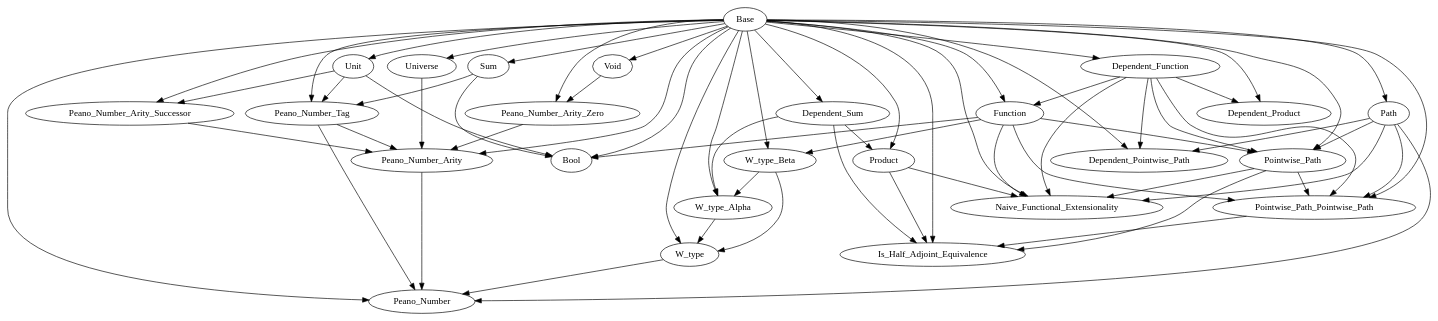
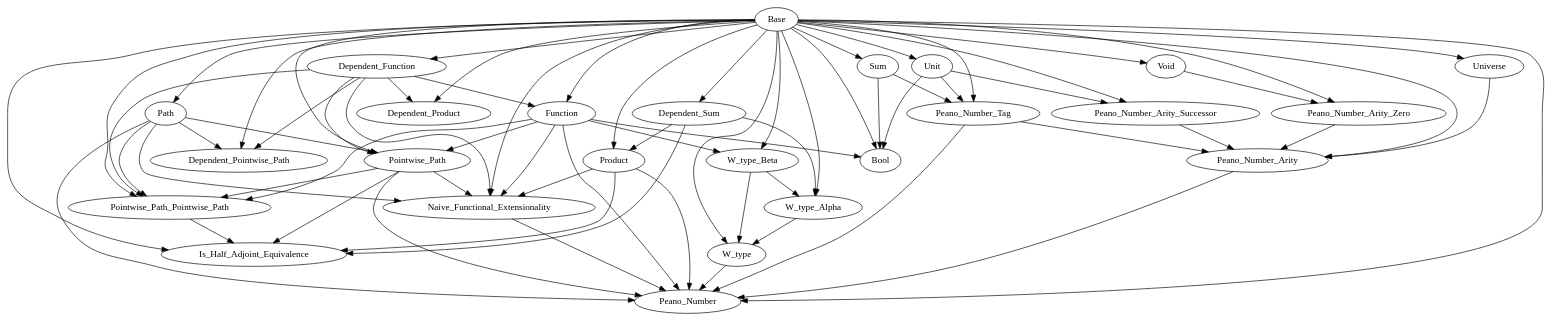
Before and after one commit to Hexirp/googology-in-coq: the diagram in libraries/dependencies.gv, drawn with Graphviz. The commit also changed 1 other file, not shown here.

```diff
--- a/libraries/dependencies.gv
+++ b/libraries/dependencies.gv
@@ -1,92 +1,96 @@
 digraph Dependencies {
   # Base
   # Dependent_Function
   "Base" -> "Dependent_Function";
   # Function
   "Base" -> "Function";
   "Dependent_Function" -> "Function";
   # Dependent_Product
   "Base" -> "Dependent_Product";
   "Dependent_Function" -> "Dependent_Product";
   # Dependent_Sum
   "Base" -> "Dependent_Sum";
   # Product
   "Base" -> "Product";
   "Dependent_Sum" -> "Product";
   # Sum
   "Base" -> "Sum";
   # Unit
   "Base" -> "Unit";
   # Void
   "Base" -> "Void";
   # W_type_Beta
   "Base" -> "W_type_Beta";
   "Function" -> "W_type_Beta";
   # W_type_Alpha
   "Base" -> "W_type_Alpha";
   "Dependent_Sum" -> "W_type_Alpha";
   "W_type_Beta" -> "W_type_Alpha";
   # W_type
   "Base" -> "W_type";
   "W_type_Alpha" -> "W_type";
   "W_type_Beta" -> "W_type";
   # Universe
   "Base" -> "Universe";
   # Path
   "Base" -> "Path";
   # Dependent_Pointwise_Path
   "Base" -> "Dependent_Pointwise_Path";
   "Dependent_Function" -> "Dependent_Pointwise_Path";
   "Path" -> "Dependent_Pointwise_Path";
   # Pointwise_Path
   "Base" -> "Pointwise_Path";
   "Dependent_Function" -> "Pointwise_Path";
   "Function" -> "Pointwise_Path";
   "Path" -> "Pointwise_Path";
   # Pointwise_Path_Pointwise_Path
   "Base" -> "Pointwise_Path_Pointwise_Path";
   "Dependent_Function" -> "Pointwise_Path_Pointwise_Path";
   "Function" -> "Pointwise_Path_Pointwise_Path";
   "Path" -> "Pointwise_Path_Pointwise_Path";
   "Pointwise_Path" -> "Pointwise_Path_Pointwise_Path";
   # Is_Half_Adjoint_Equivalence
   "Base" -> "Is_Half_Adjoint_Equivalence";
   "Dependent_Sum" -> "Is_Half_Adjoint_Equivalence";
   "Product" -> "Is_Half_Adjoint_Equivalence";
   "Pointwise_Path" -> "Is_Half_Adjoint_Equivalence";
   "Pointwise_Path_Pointwise_Path" -> "Is_Half_Adjoint_Equivalence";
   # Naive_Functional_Extensionality
   "Base" -> "Naive_Functional_Extensionality";
   "Dependent_Function" -> "Naive_Functional_Extensionality";
   "Function" -> "Naive_Functional_Extensionality";
   "Product" -> "Naive_Functional_Extensionality";
   "Path" -> "Naive_Functional_Extensionality";
   "Pointwise_Path" -> "Naive_Functional_Extensionality";
   # Bool
   "Base" -> "Bool";
   "Function" -> "Bool";
   "Sum" -> "Bool";
   "Unit" -> "Bool";
   # Peano_Number_Tag
   "Base" -> "Peano_Number_Tag";
   "Sum" -> "Peano_Number_Tag";
   "Unit" -> "Peano_Number_Tag";
   # Peano_Number_Arity_Zero
   "Base" -> "Peano_Number_Arity_Zero";
   "Void" -> "Peano_Number_Arity_Zero";
   # Peano_Number_Arity_Successor
   "Base" -> "Peano_Number_Arity_Successor";
   "Unit" -> "Peano_Number_Arity_Successor";
   # Peano_Number_Arity
   "Base" -> "Peano_Number_Arity";
   "Universe" -> "Peano_Number_Arity";
   "Peano_Number_Tag" -> "Peano_Number_Arity";
   "Peano_Number_Arity_Zero" -> "Peano_Number_Arity";
   "Peano_Number_Arity_Successor" -> "Peano_Number_Arity";
   # Peano_Number
   "Base" -> "Peano_Number";
+  "Function" -> "Peano_Number";
+  "Product" -> "Peano_Number";
   "W_type" -> "Peano_Number";
   "Path" -> "Peano_Number";
+  "Pointwise_Path" -> "Peano_Number";
+  "Naive_Functional_Extensionality" -> "Peano_Number";
   "Peano_Number_Tag" -> "Peano_Number";
   "Peano_Number_Arity" -> "Peano_Number";
 }
```
